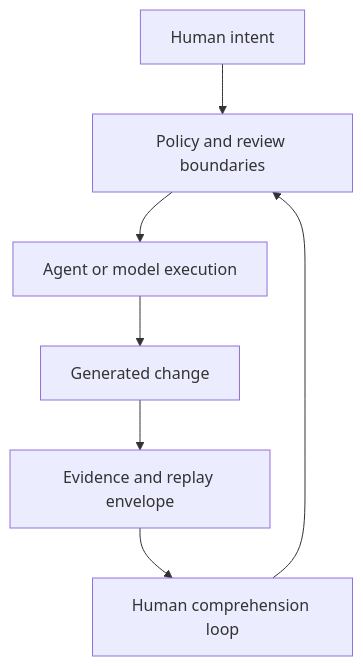
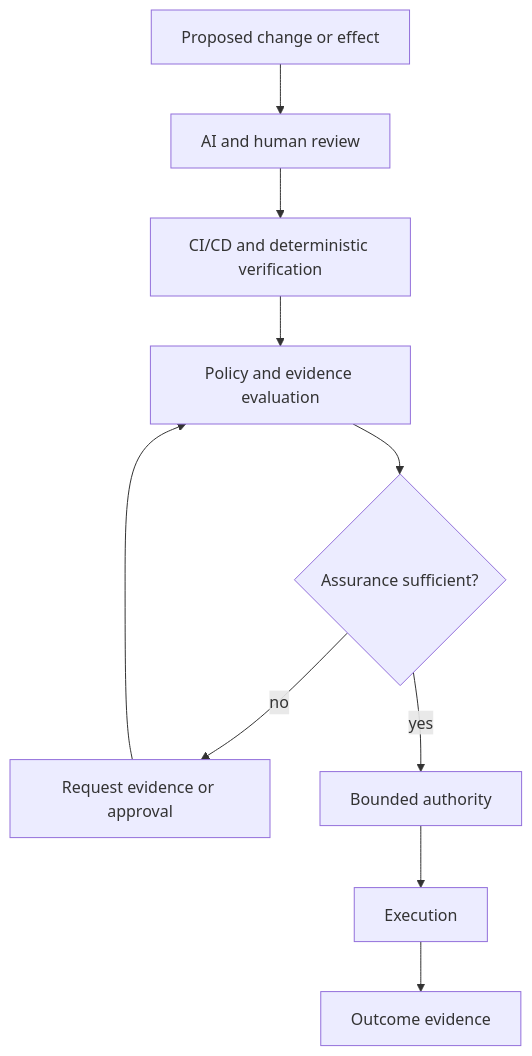
One commit to hackelia-micrantha/web changed the diagram in app/routes/blog.governance-native-engineering-control-plane/content.mdx. Above: the diagram before and after it, drawn with Mermaid. The commit also changed other lines of this file and 10 other files, not shown here.

First line of the commit message:
Reframe governance series as The Assurance Stack

````diff
--- a/app/routes/blog.governance-native-engineering-control-plane/content.mdx
+++ b/app/routes/blog.governance-native-engineering-control-plane/content.mdx
@@ -31,11 +45,14 @@
 ```mermaid
-%% title: AI-native engineering control plane
-%% caption: Generation increases throughput; governance preserves intent, evidence, and reviewability.
+%% title: Assurance layers for agentic development
+%% caption: Review produces judgment, CI/CD produces executable evidence, and governance determines whether the available assurance is sufficient to grant bounded authority.
 flowchart TD
-  A[Human intent] --> B[Policy and review boundaries]
-  B --> C[Agent or model execution]
-  C --> D[Generated change]
-  D --> E[Evidence and replay envelope]
-  E --> F[Human comprehension loop]
-  F --> B
+  A[Proposed change or effect] --> B[AI and human review]
+  B --> C[CI/CD and deterministic verification]
+  C --> D[Policy and evidence evaluation]
+  D --> E{Assurance sufficient?}
+  E -->|no| F[Request evidence or approval]
+  F --> D
+  E -->|yes| G[Bounded authority]
+  G --> H[Execution]
+  H --> I[Outcome evidence]
 ```
````
